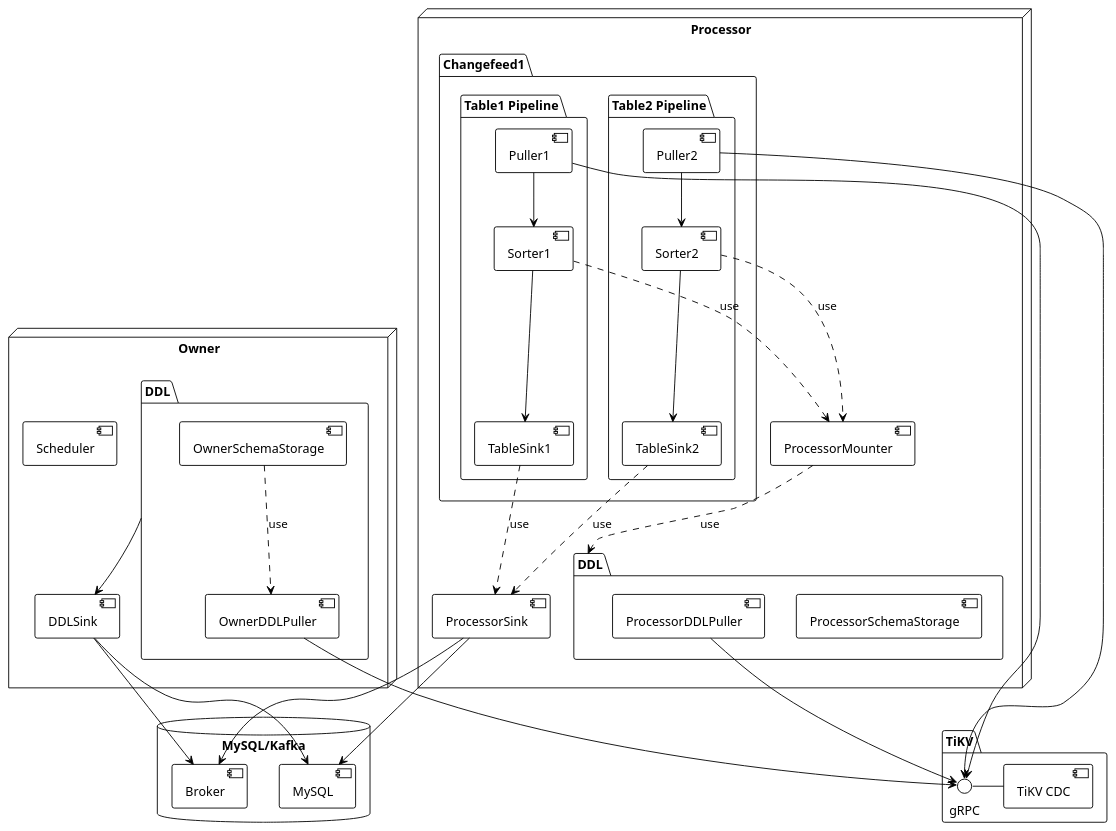
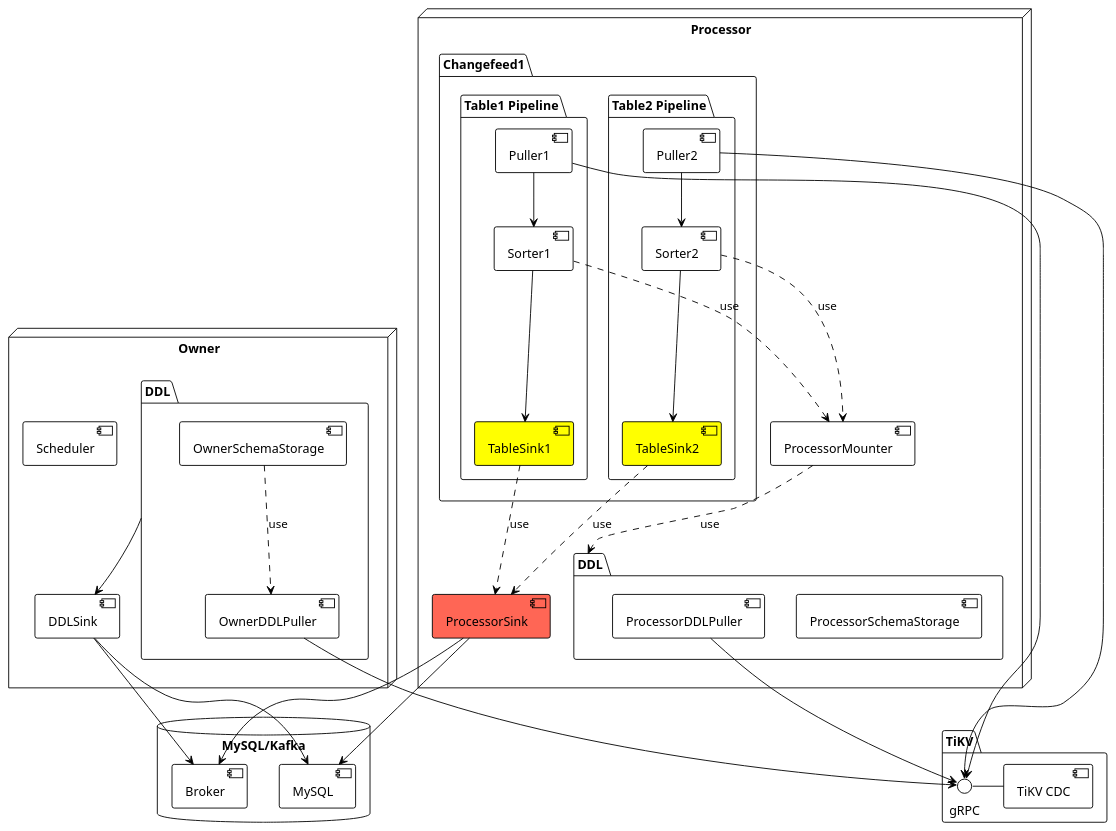
The first of 6 diagrams in ticdc-new-sink.slide/slides.md (0xPoe/talks), drawn with PlantUML before and after one commit. The commit also changed other lines of this file, not shown here.

````diff
--- a/ticdc-new-sink.slide/slides.md
+++ b/ticdc-new-sink.slide/slides.md
@@ -107,59 +107,59 @@
 ```plantuml {scale: 0.8}
 @startuml
 !theme plain
 package "TiKV" {
   gRPC - [TiKV CDC]
 }
 
 node "Owner" {
   [Scheduler]
   [DDLSink]
   package "DDL" as DDL1 {
     [OwnerSchemaStorage]
     [OwnerDDLPuller] --> [gRPC]
   }
 }
 
 node "Processor" {
   [ProcessorMounter]
-  [ProcessorSink]
+  [ProcessorSink] #FF6655
   package "DDL" as DDL2 {
     [ProcessorSchemaStorage]
     [ProcessorDDLPuller] --> [gRPC]
   }
   package "Changefeed1" {
     package "Table1 Pipeline" {
       [Puller1] --> [gRPC]
       [Sorter1]
-      [TableSink1]
+      [TableSink1] #Yellow
     }
     package "Table2 Pipeline" {
       [Puller2] --> [gRPC]
       [Sorter2]
-      [TableSink2]
+      [TableSink2] #Yellow
     }
   }
 }
 
 database "MySQL/Kafka" {
   [MySQL]
   [Broker]
 }
 
 [DDLSink] --> [MySQL]
 [DDLSink] --> [Broker]
 DDL1 --> [DDLSink]
 [OwnerSchemaStorage] ..> [OwnerDDLPuller] : use
 [ProcessorSink] --> [MySQL]
 [ProcessorSink] --> [Broker]
 [Sorter1] ..> [ProcessorMounter] : use
 [Sorter2] ..> [ProcessorMounter] : use
 [TableSink1] ..> [ProcessorSink] : use
 [TableSink2] ..> [ProcessorSink] : use
 [ProcessorMounter] ..> DDL2 : use
 [Puller1] --> [Sorter1]
 [Sorter1] --> [TableSink1]
 [Puller2] --> [Sorter2]
 [Sorter2] --> [TableSink2]
 @enduml
 ```
````
